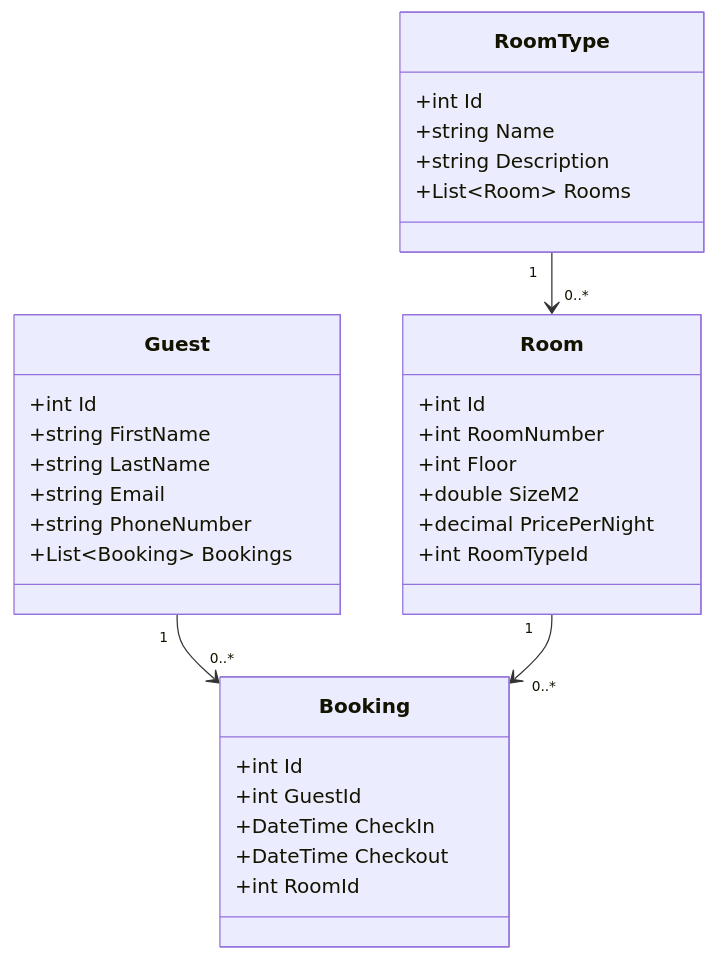
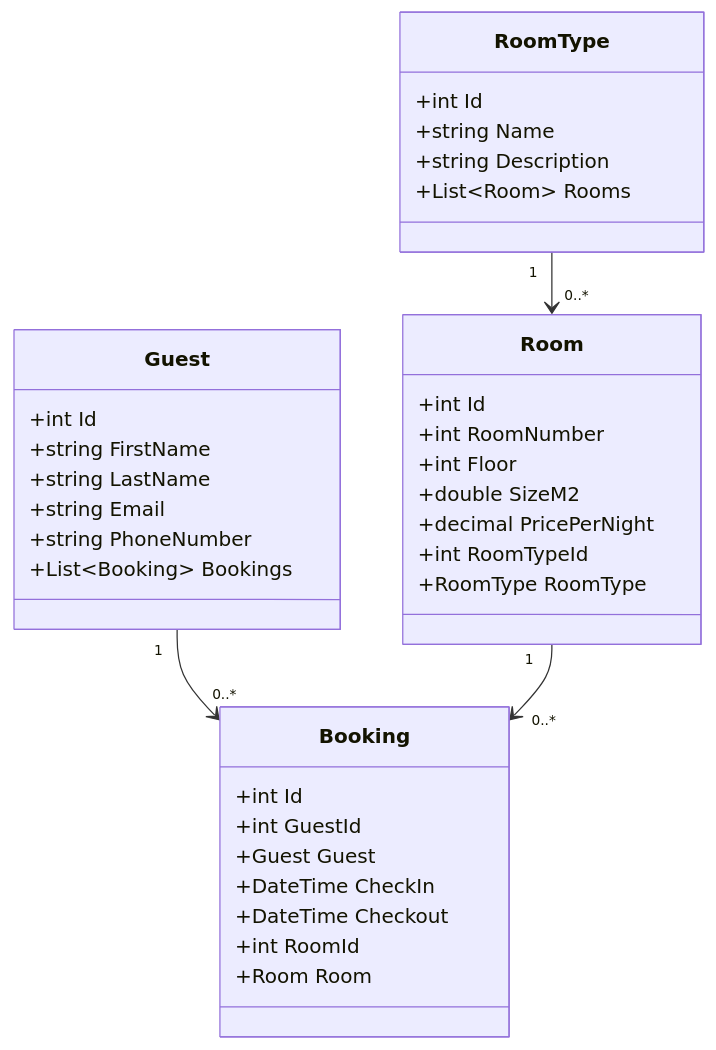
One commit to lazohussain/clo26-hotel-grandioso changed the diagram in README.md. Above: the diagram before and after it, drawn with Mermaid. The commit also changed other lines of this file and 2 other files, not shown here.

````diff
--- a/README.md
+++ b/README.md
@@ -26,39 +26,42 @@
 ```mermaid
 classDiagram
     class Guest {
         +int Id
         +string FirstName
         +string LastName
         +string Email
         +string PhoneNumber
         +List~Booking~ Bookings
     }
 
     class Booking {
         +int Id
         +int GuestId
+        +Guest Guest
         +DateTime CheckIn
         +DateTime Checkout
         +int RoomId
+        +Room Room
     }
 
     class Room {
         +int Id
         +int RoomNumber
         +int Floor
         +double SizeM2
         +decimal PricePerNight
         +int RoomTypeId
+        +RoomType RoomType
     }
 
     class RoomType {
         +int Id
         +string Name
         +string Description
         +List~Room~ Rooms
     }
 
     Guest "1" --> "0..*" Booking
     Room "1" --> "0..*" Booking
     RoomType "1" --> "0..*" Room
 ```
````
